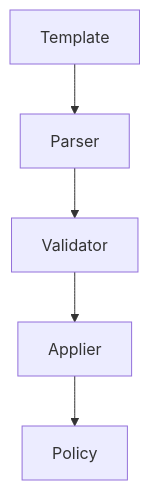
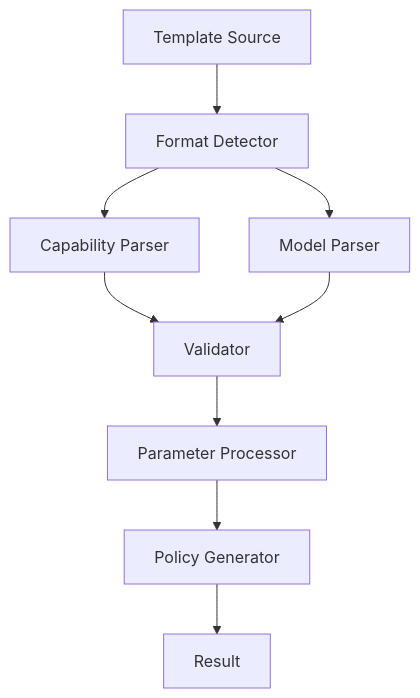
One commit to antenore/ARIA changed the diagram in docs/technical/templates.md. Above: the diagram before and after it, drawn with Mermaid. The commit also changed other lines of this file and 18 other files, not shown here.

First line of the commit message:
docs: Implement dual-format policy documentation

````diff
--- a/docs/technical/templates.md
+++ b/docs/technical/templates.md
@@ -28,7 +53,11 @@
 ```mermaid
 graph TD
-    A[Template] --> B[Parser]
-    B --> C[Validator]
-    C --> D[Applier]
-    D --> E[Policy]
+    A[Template Source] --> B[Format Detector]
+    B --> C1[Capability Parser]
+    B --> C2[Model Parser]
+    C1 --> D[Validator]
+    C2 --> D
+    D --> E[Parameter Processor]
+    E --> F[Policy Generator]
+    F --> G[Result]
 ```
````
